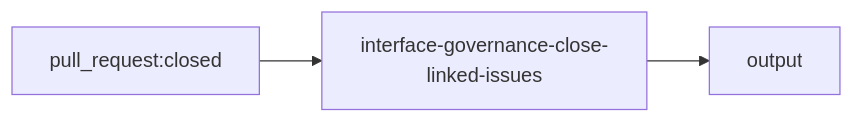
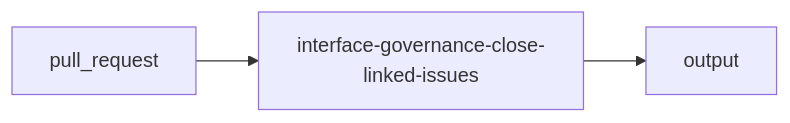
Before and after one commit to its-DeFine/docs: the diagram in .github/workspace/actions-library/interfaces/governance/interface-governance-close-linked-issues.mdx, drawn with Mermaid. The commit also changed other lines of this file and 57 other files, not shown here.

````diff
--- a/.github/workspace/actions-library/interfaces/governance/interface-governance-close-linked-issues.mdx
+++ b/.github/workspace/actions-library/interfaces/governance/interface-governance-close-linked-issues.mdx
@@ -43,5 +43,5 @@
 ```mermaid
 graph LR
-    TRIGGER["pull_request:closed"] --> WF["interface-governance-close-linked-issues"]
+    TRIGGER["pull_request"] --> WF["interface-governance-close-linked-issues"]
     WF --> OUTPUT["output"]
 ```
````
